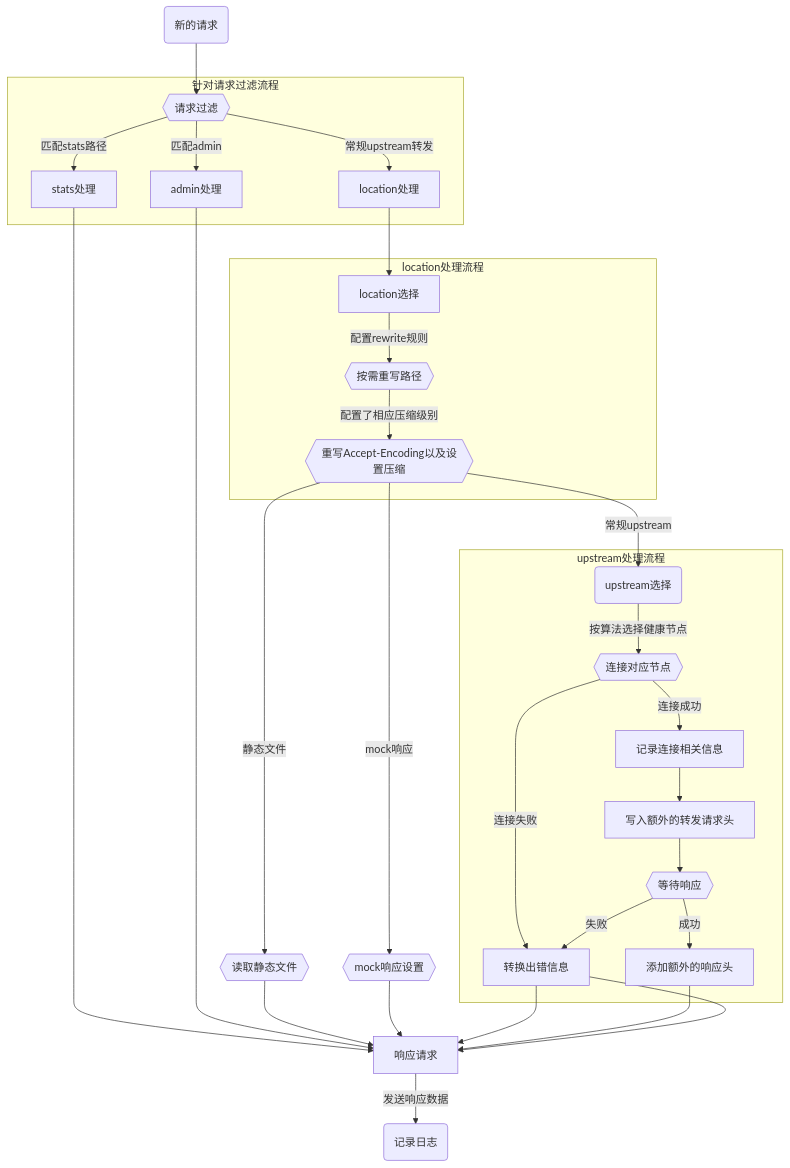
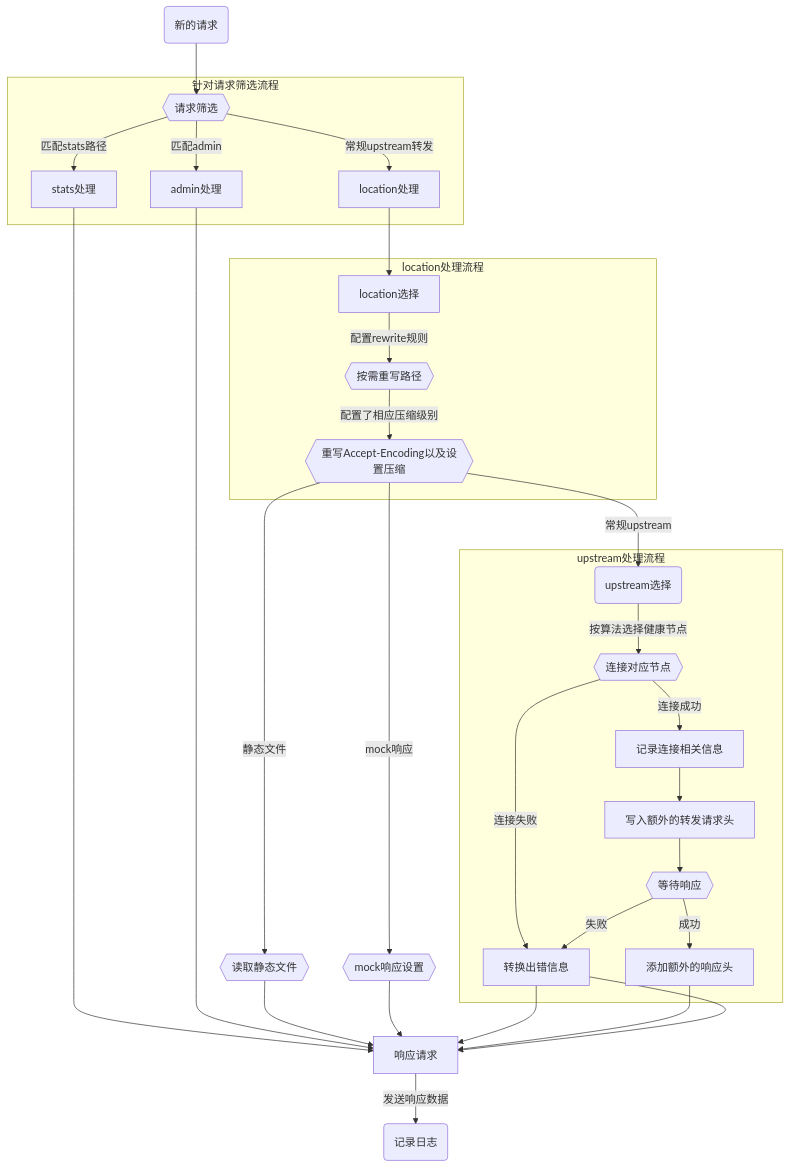
The diagram in docs/phase_chart_zh.md (vicanso/pingap), drawn with Mermaid before and after one commit. The commit also changed 4 other files, not shown here.

````diff
--- a/docs/phase_chart_zh.md
+++ b/docs/phase_chart_zh.md
@@ -5,35 +5,35 @@
 ```mermaid
 flowchart TB
-    start("新的请求")-->requestFilter{{请求过滤}};
-    subgraph 针对请求过滤流程
+    start("新的请求")-->requestFilter{{请求筛选}};
+    subgraph 针对请求筛选流程
     requestFilter--匹配stats路径-->stats处理
     requestFilter--匹配admin-->admin处理
     requestFilter--常规upstream转发-->location处理
     end
 
     stats处理-->响应请求
     admin处理-->响应请求
     location处理-->location选择
     subgraph location处理流程
     location选择--配置rewrite规则-->rewritePath{{按需重写路径}}
     rewritePath--配置了相应压缩级别-->modifyAcceptEncoding{{重写Accept-Encoding以及设置压缩}}
     end
     modifyAcceptEncoding--静态文件-->staticService{{读取静态文件}}
     modifyAcceptEncoding--mock响应-->mockService{{mock响应设置}}
     modifyAcceptEncoding--常规upstream-->upstreamSelect("upstream选择")
 
     subgraph upstream处理流程
     upstreamSelect--按算法选择健康节点-->connectUpstream{{连接对应节点}}
     connectUpstream--连接失败-->转换出错信息
     connectUpstream--连接成功-->记录连接相关信息-->写入额外的转发请求头-->upstreamResponse{{等待响应}}
     upstreamResponse--成功-->添加额外的响应头
     upstreamResponse--失败-->转换出错信息
     end
 
     staticService-->响应请求
     mockService-->响应请求
     转换出错信息-->响应请求
     添加额外的响应头-->响应请求
     转换出错信息-->响应请求
     响应请求--发送响应数据-->stop("记录日志")
 ```
````
